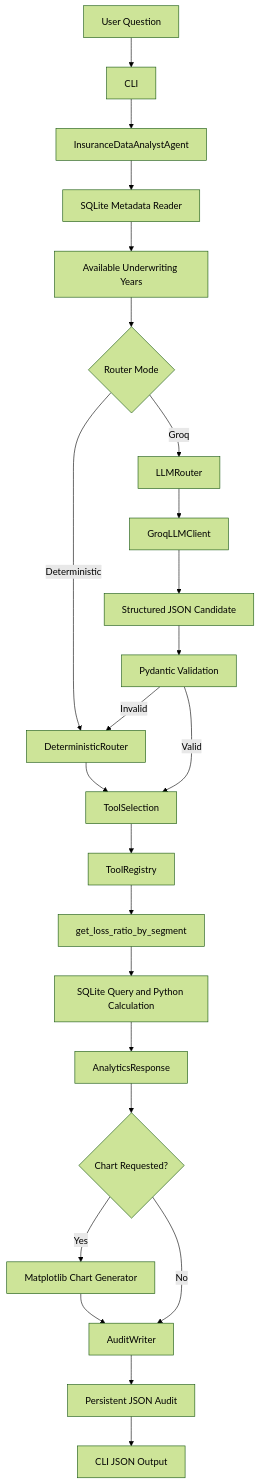
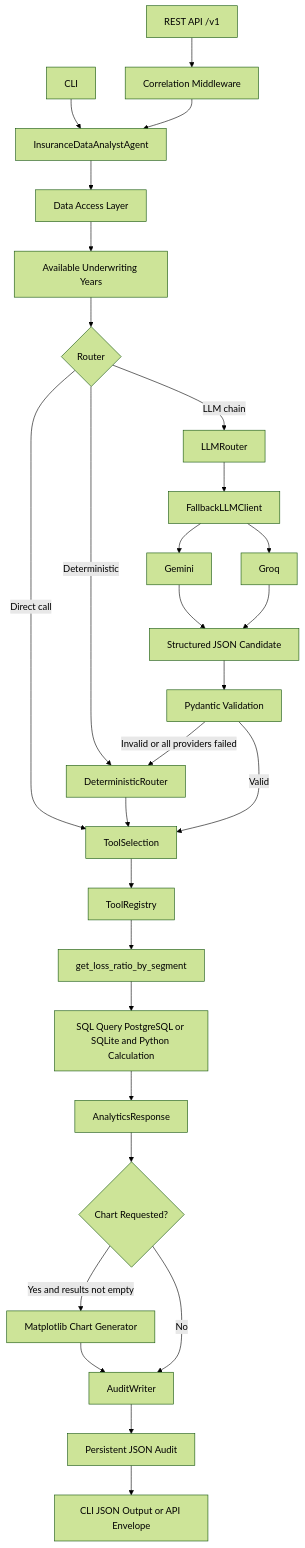
Before and after one commit to Kwame-K/insurance-data-analyst-agent: the diagram in docs/architecture/system-architecture.md, drawn with Mermaid (forest theme). The commit also changed other lines of this file and 32 other files, not shown here.

Commit message:
feat: PostgreSQL persistence, Alembic migrations, Docker and CI with PostgreSQL

````diff
--- a/docs/architecture/system-architecture.md
+++ b/docs/architecture/system-architecture.md
@@ -24,30 +25,35 @@
 ```mermaid
 flowchart TD
-    A[User Question] --> B[CLI]
-    B --> C[InsuranceDataAnalystAgent]
+    A1[CLI] --> C
+    A2[REST API /v1] --> MW[Correlation Middleware]
+    MW --> C[InsuranceDataAnalystAgent]
 
-    C --> D[SQLite Metadata Reader]
+    C --> D[Data Access Layer]
     D --> E[Available Underwriting Years]
 
-    E --> F{Router Mode}
+    E --> F{Router}
+    F -- Direct call --> L
     F -- Deterministic --> G[DeterministicRouter]
-    F -- Groq --> H[LLMRouter]
-    H --> I[GroqLLMClient]
-    I --> J[Structured JSON Candidate]
+    F -- LLM chain --> H[LLMRouter]
+    H --> I[FallbackLLMClient]
+    I --> I1[Gemini]
+    I --> I2[Groq]
+    I1 --> J[Structured JSON Candidate]
+    I2 --> J
     J --> K[Pydantic Validation]
-    K -- Invalid --> G
+    K -- Invalid or all providers failed --> G
     K -- Valid --> L[ToolSelection]
     G --> L
 
     L --> M[ToolRegistry]
     M --> N[get_loss_ratio_by_segment]
-    N --> O[SQLite Query and Python Calculation]
+    N --> O[SQL Query PostgreSQL or SQLite and Python Calculation]
     O --> P[AnalyticsResponse]
 
     P --> Q{Chart Requested?}
-    Q -- Yes --> R[Matplotlib Chart Generator]
+    Q -- Yes and results not empty --> R[Matplotlib Chart Generator]
     Q -- No --> S[AuditWriter]
     R --> S
     S --> T[Persistent JSON Audit]
-    T --> U[CLI JSON Output]
+    T --> U[CLI JSON Output or API Envelope]
 ```
````
